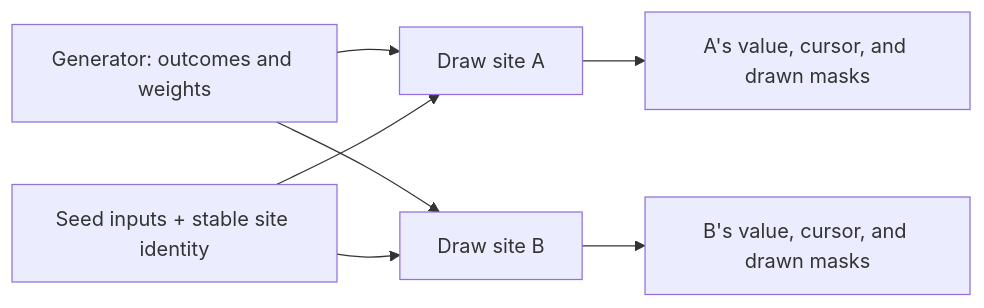
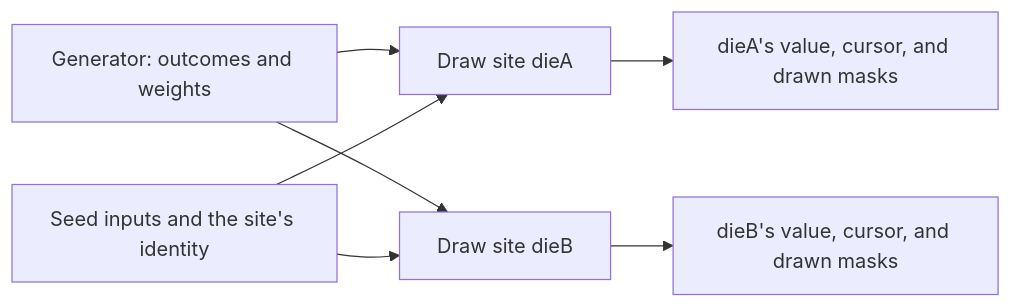
The diagram in docs/reference/state/generators.md (ByteTerrace/Puck), drawn with Mermaid before and after one commit. The commit also changed other lines of this file and 4567 other files, not shown here.

````diff
--- a/docs/reference/state/generators.md
+++ b/docs/reference/state/generators.md
@@ -9,9 +56,9 @@
 ```mermaid
 flowchart LR
-    Source["Generator: outcomes and weights"] --> A["Draw site A"]
-    Source --> B["Draw site B"]
-    Identity["Seed inputs + stable site identity"] --> A
-    Identity --> B
-    A --> StateA["A's value, cursor, and drawn masks"]
-    B --> StateB["B's value, cursor, and drawn masks"]
+    Source["Generator: outcomes and weights"] --> A["Draw site dieA"]
+    Source --> B["Draw site dieB"]
+    Seed["Seed inputs and the site's identity"] --> A
+    Seed --> B
+    A --> StateA["dieA's value, cursor, and drawn masks"]
+    B --> StateB["dieB's value, cursor, and drawn masks"]
 ```
````
